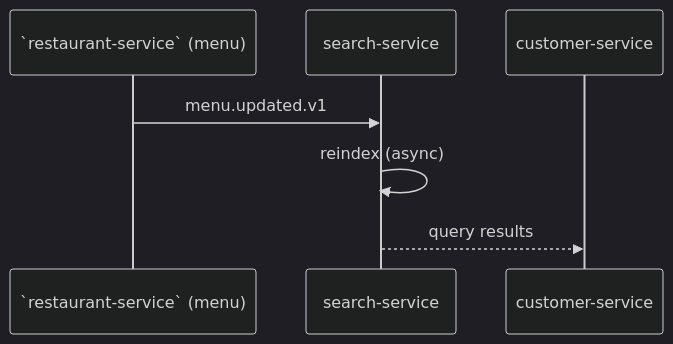
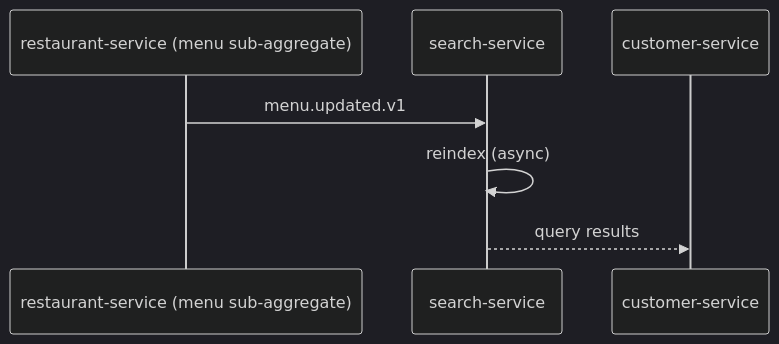
Before and after one commit to mohamedhabibwork/trips-enjoy-docs: the fourth of 5 diagrams in docs/architecture/CONSISTENCY_STRATEGY.md, drawn with Mermaid (dark theme). The commit also changed other lines of this file and 245 other files, not shown here.

````diff
--- a/docs/architecture/CONSISTENCY_STRATEGY.md
+++ b/docs/architecture/CONSISTENCY_STRATEGY.md
@@ -140,10 +141,10 @@
 ```mermaid
 sequenceDiagram
-    participant MN as `restaurant-service` (menu)
+    participant MN as restaurant-service (menu sub-aggregate)
     participant SR as search-service
     participant CC as customer-service
 
     MN->>SR: menu.updated.v1
     SR->>SR: reindex (async)
     SR-->>CC: query results
 ```
````
